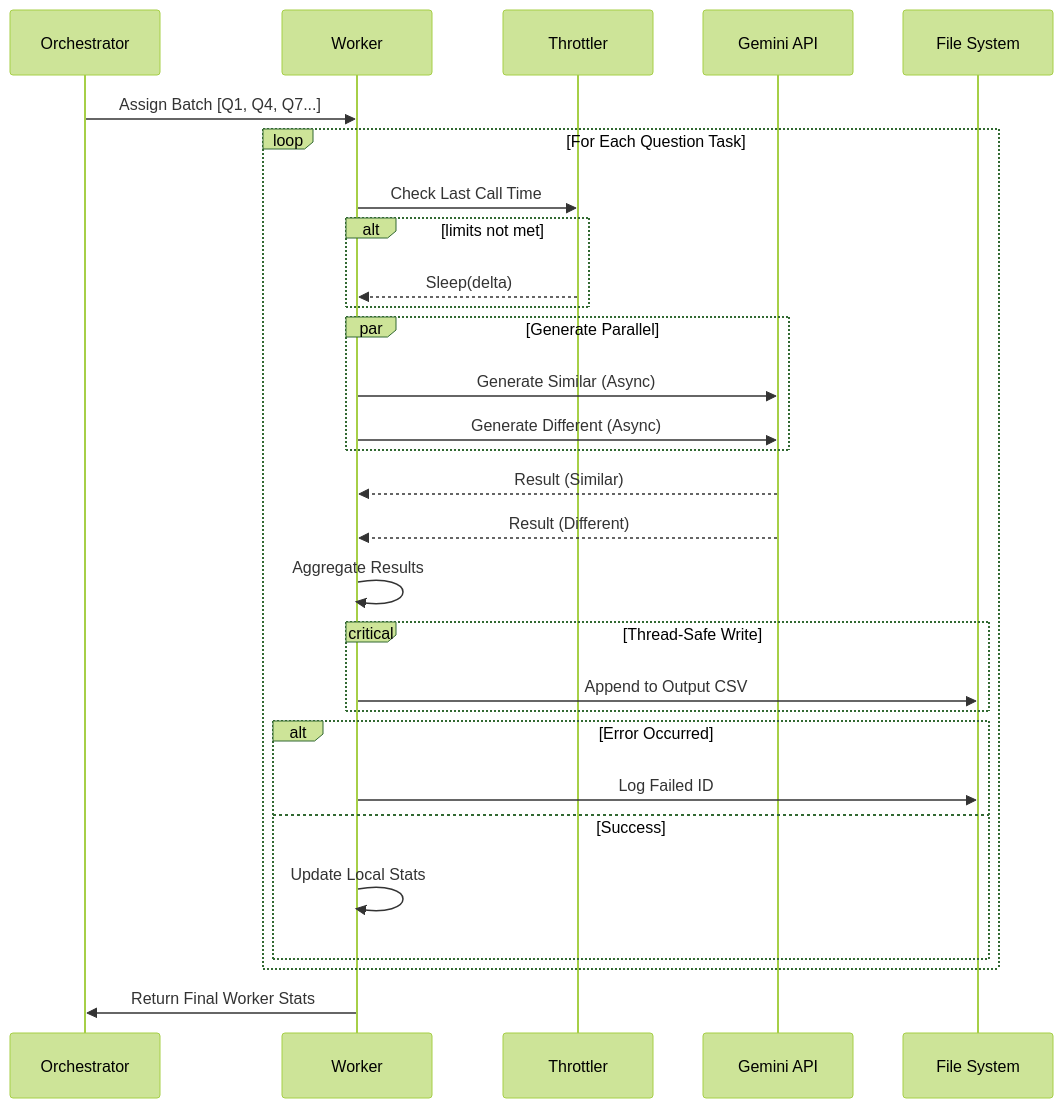
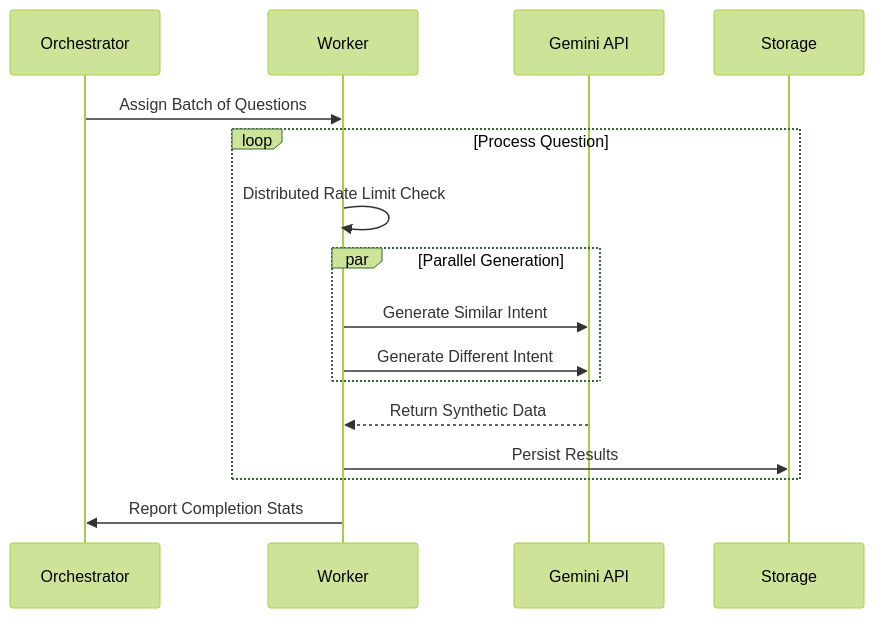
The second of 2 diagrams in data/synthetic_data_generator/README.md (aayushdw/PrivacyAwareSemanticCache), drawn with Mermaid (forest theme) before and after one commit. The commit also changed other lines of this file, not shown here.

Commit message:
Simplify README with clearer data strategy and streamlined diagrams

````diff
--- a/data/synthetic_data_generator/README.md
+++ b/data/synthetic_data_generator/README.md
@@ -60,39 +63,23 @@
 ```mermaid
 sequenceDiagram
     participant O as Orchestrator
     participant W as Worker
-    participant T as Throttler
     participant G as Gemini API
-    participant FS as File System
+    participant DB as Storage
 
-    O->>W: Assign Batch [Q1, Q4, Q7...]
+    O->>W: Assign Batch of Questions
     
-    loop For Each Question Task
-        W->>T: Check Last Call Time
-        alt limits not met
-            T-->>W: Sleep(delta)
+    loop Process Question
+        W->>W: Distributed Rate Limit Check
+        
+        par Parallel Generation
+            W->>G: Generate Similar Intent
+            W->>G: Generate Different Intent
         end
         
-        par Generate Parallel
-            W->>G: Generate Similar (Async)
-            W->>G: Generate Different (Async)
-        end
-        
-        G-->>W: Result (Similar)
-        G-->>W: Result (Different)
-        
-        W->>W: Aggregate Results
-        
-        critical Thread-Safe Write
-            W->>FS: Append to Output CSV
-        end
-        
-        alt Error Occurred
-            W->>FS: Log Failed ID
-        else Success
-            W->>W: Update Local Stats
-        end
+        G-->>W: Return Synthetic Data
+        W->>DB: Persist Results
     end
     
-    W->>O: Return Final Worker Stats
+    W->>O: Report Completion Stats
 ```
````
